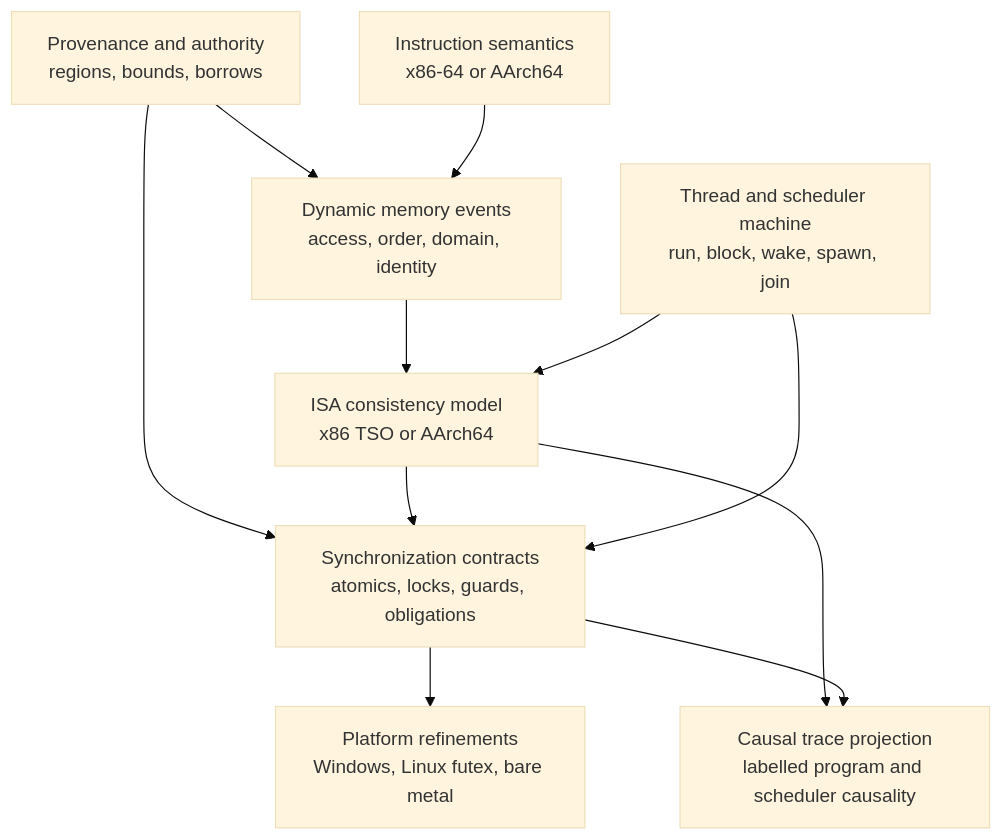
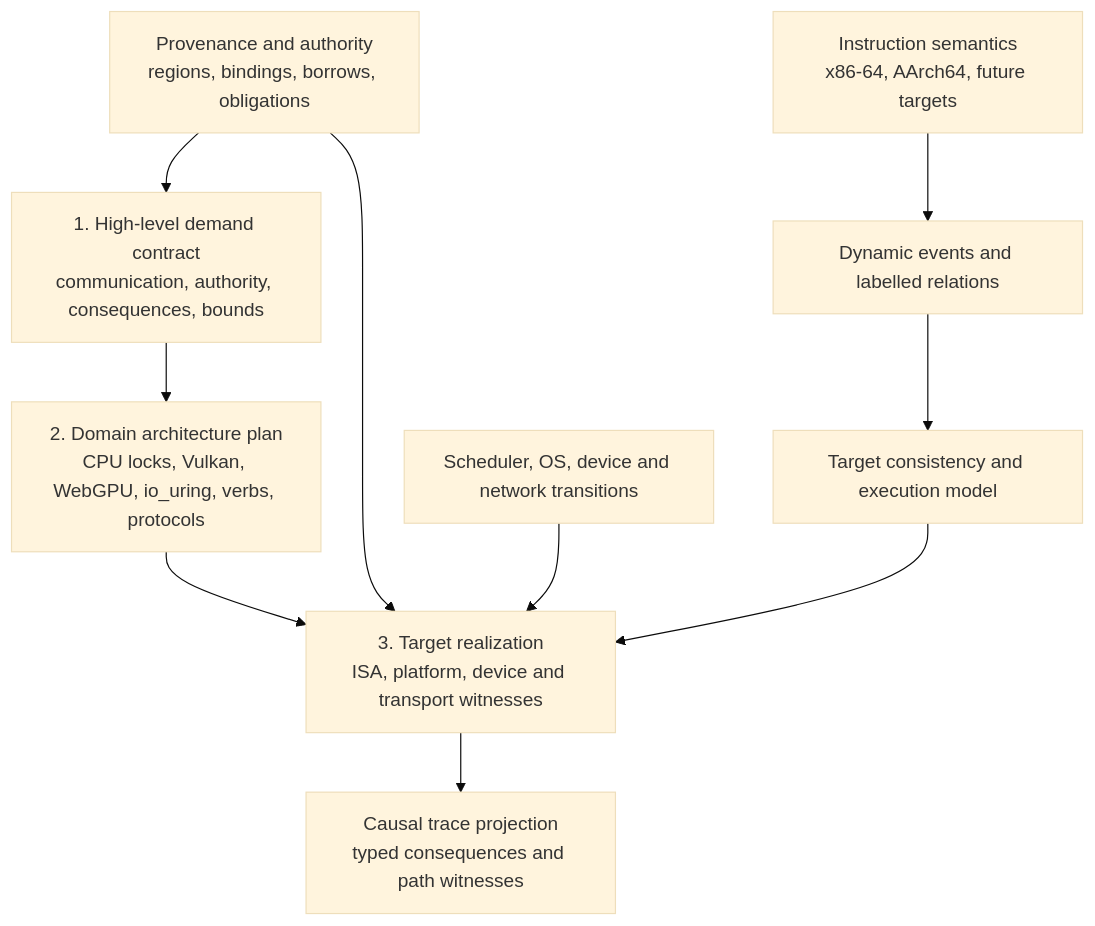
One commit to ctiller/gasm changed the diagram in docs/MEMORY_MODEL.md. Above: the diagram before and after it, drawn with Mermaid (base theme). The commit also changed other lines of this file and 13 other files, not shown here.

Commit message:
docs: harden heterogeneous synchronization model

````diff
--- a/docs/MEMORY_MODEL.md
+++ b/docs/MEMORY_MODEL.md
@@ -93,13 +98,16 @@
 ```mermaid
 flowchart TD
-    A[Provenance and authority<br/>regions, bounds, borrows] --> E[Dynamic memory events<br/>access, order, domain, identity]
-    I[Instruction semantics<br/>x86-64 or AArch64] --> E
-    E --> M[ISA consistency model<br/>x86 TSO or AArch64]
-    T[Thread and scheduler machine<br/>run, block, wake, spawn, join] --> M
-    A --> S[Synchronization contracts<br/>atomics, locks, guards, obligations]
-    M --> S
-    T --> S
-    S --> P[Platform refinements<br/>Windows, Linux futex, bare metal]
-    M --> C[Causal trace projection<br/>labelled program and scheduler causality]
-    S --> C
+    H[1. High-level demand contract<br/>communication, authority, consequences, bounds]
+    D[2. Domain architecture plan<br/>CPU locks, Vulkan, WebGPU, io_uring, verbs, protocols]
+    R[3. Target realization<br/>ISA, platform, device and transport witnesses]
+    A[Provenance and authority<br/>regions, bindings, borrows, obligations]
+    I[Instruction semantics<br/>x86-64, AArch64, future targets]
+    E[Dynamic events and labelled relations]
+    M[Target consistency and execution model]
+    T[Scheduler, OS, device and network transitions]
+    C[Causal trace projection<br/>typed consequences and path witnesses]
+    A --> H --> D --> R --> C
+    I --> E --> M --> R
+    T --> R
+    A --> R
 ```
````
